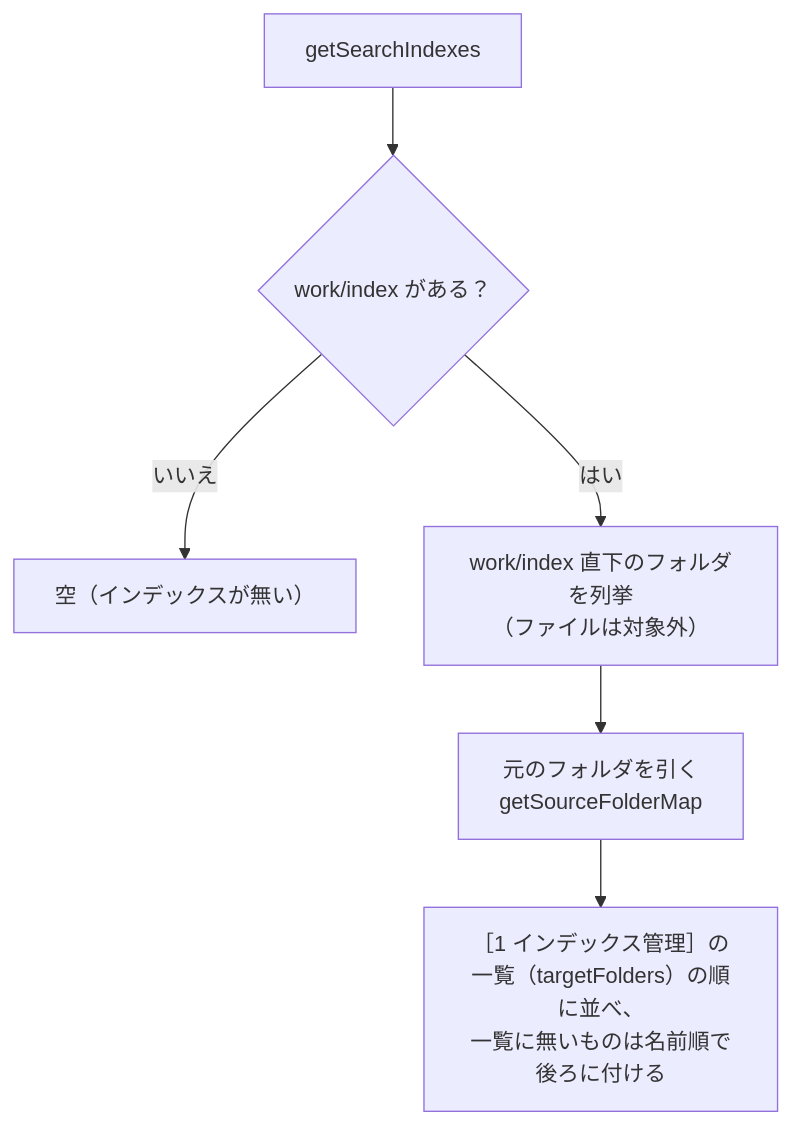
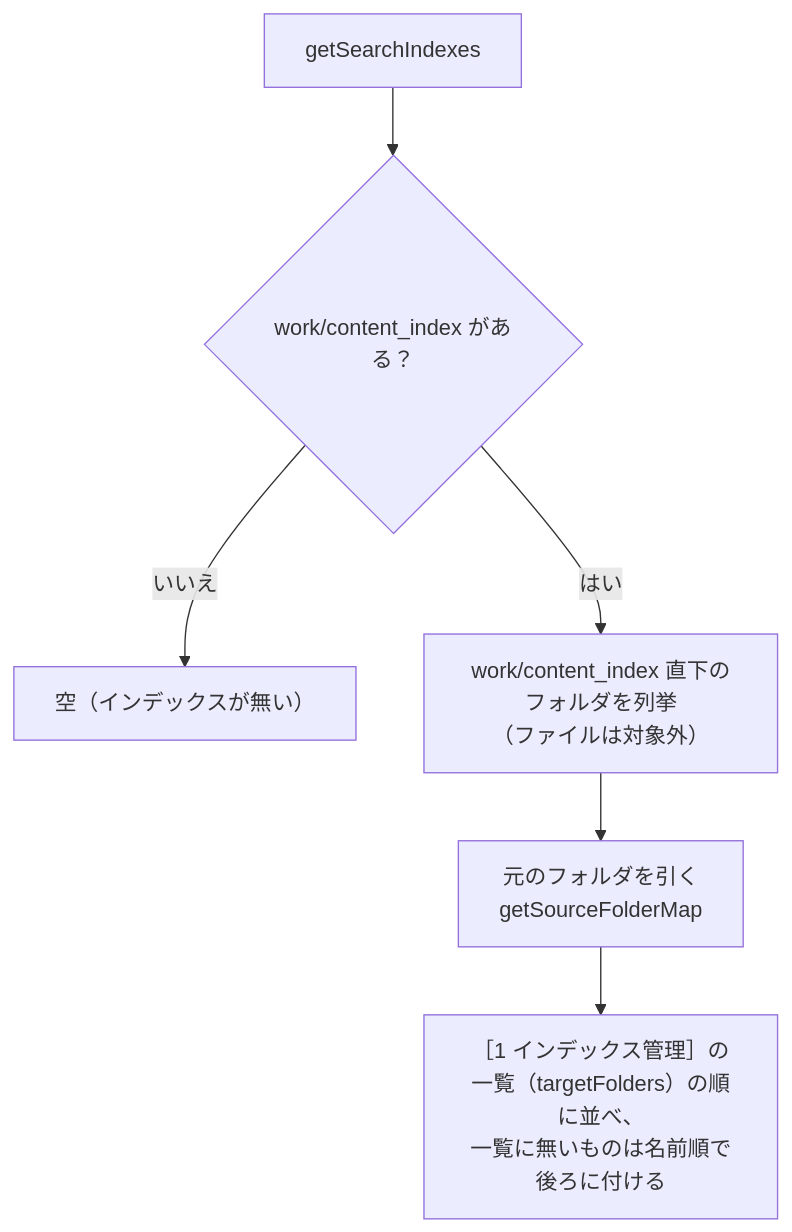
The first of 2 diagrams in docs/design/search/index.md (hsgwa/tebunko), drawn with Mermaid before and after one commit. The commit also changed other lines of this file and 29 other files, not shown here.

First line of the commit message:
docs: 設計書・手引き・README・SECURITY のフォルダ名・ファイル名を content_index・system_index にそろえる

````diff
--- a/docs/design/search/index.md
+++ b/docs/design/search/index.md
@@ -29,8 +29,8 @@
 ```mermaid
 flowchart TD
-    A["getSearchIndexes"] --> B{"work/index がある？"}
+    A["getSearchIndexes"] --> B{"work/content_index がある？"}
     B -- いいえ --> Z["空（インデックスが無い）"]
-    B -- はい --> C["work/index 直下のフォルダを列挙<br>（ファイルは対象外）"]
+    B -- はい --> C["work/content_index 直下のフォルダを列挙<br>（ファイルは対象外）"]
     C --> D["元のフォルダを引く<br>getSourceFolderMap"]
     D --> E["［1 インデックス管理］の一覧（targetFolders）の順に並べ、<br>一覧に無いものは名前順で後ろに付ける"]
 ```
````
